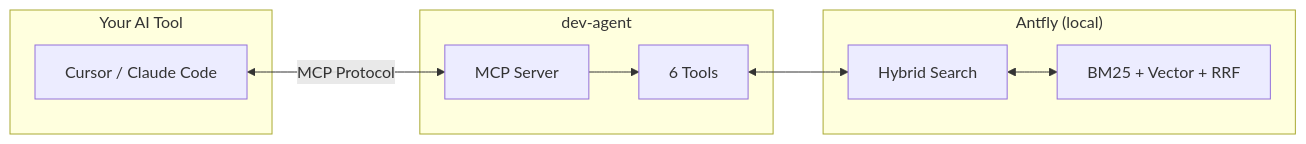
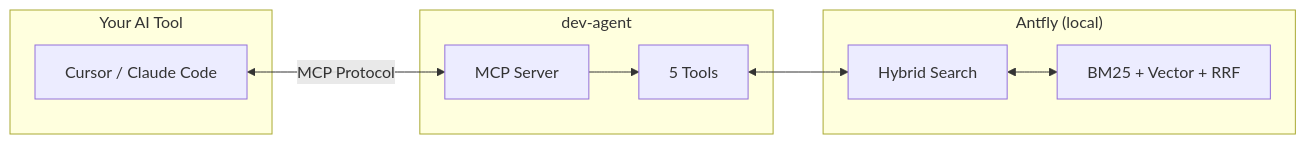
The diagram in website/content/index.mdx (prosdevlab/dev-agent), drawn with Mermaid before and after one commit. The commit also changed other lines of this file and 15 other files, not shown here.

````diff
--- a/website/content/index.mdx
+++ b/website/content/index.mdx
@@ -37,21 +36,21 @@
 ```mermaid
 flowchart LR
     subgraph IDE["Your AI Tool"]
         A["Cursor / Claude Code"]
     end
 
     subgraph Agent["dev-agent"]
         B["MCP Server"]
-        C["6 Tools"]
+        C["5 Tools"]
     end
 
     subgraph Local["Antfly (local)"]
         D["Hybrid Search"]
         E["BM25 + Vector + RRF"]
     end
 
     A <-->|"MCP Protocol"| B
     B --> C
     C <--> D
     D <--> E
 ```
````
